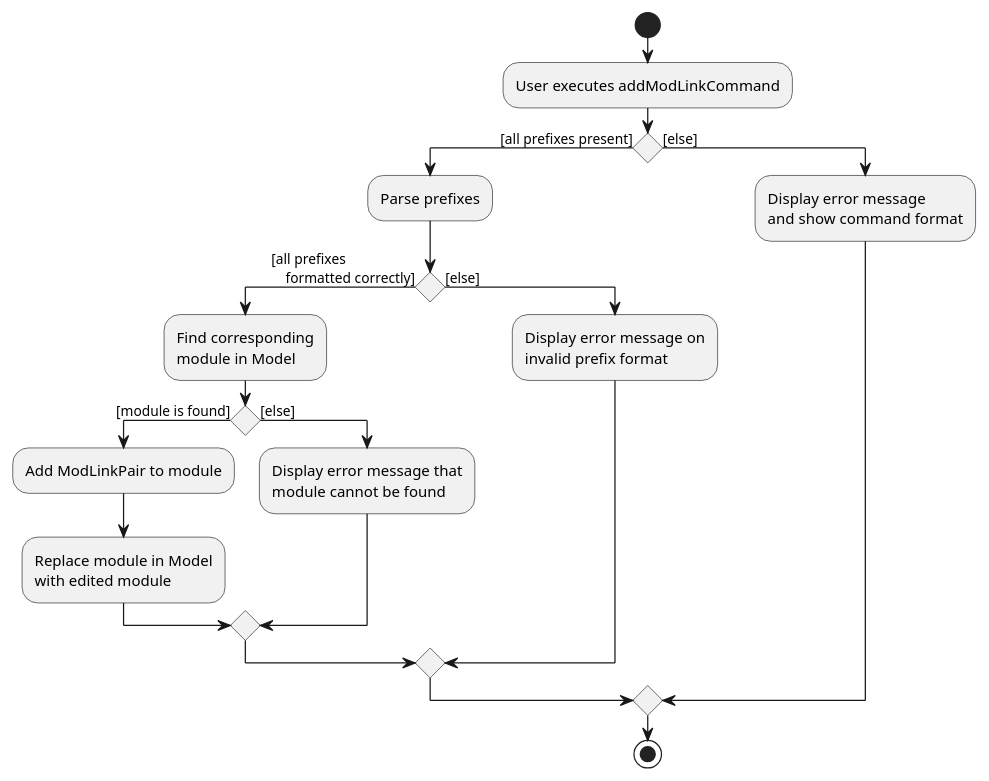
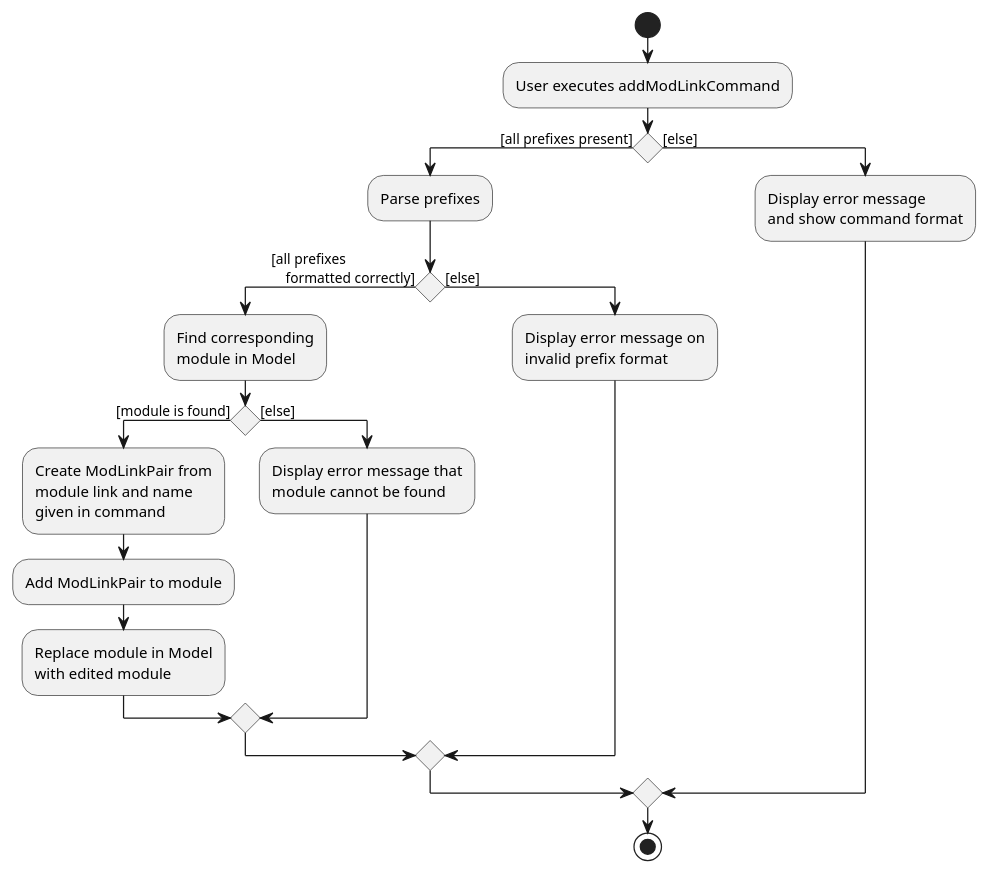
The diagram in docs/diagrams/AddModLinkActivityDiagram.puml (suwoons/main), drawn with PlantUML before and after one commit. The commit also changed 5 other files, not shown here.

```diff
--- a/docs/diagrams/AddModLinkActivityDiagram.puml
+++ b/docs/diagrams/AddModLinkActivityDiagram.puml
@@ -1,31 +1,32 @@
 @startuml
 start
 :User executes addModLinkCommand;
 
 'Since the beta syntax does not support placing the condition outside the
 'diamond we place it as the true branch instead.
 
 if () then ([all prefixes present])
     :Parse prefixes;
     if () then ([all prefixes
     formatted correctly])
         :Find corresponding
         module in Model;
         if () then ([module is found])
+            :Create ModLinkPair from\nmodule link and name\ngiven in command;
             :Add ModLinkPair to module;
             :Replace module in Model
             with edited module;
         else ([else])
             :Display error message that
             module cannot be found;
         endif
     else ([else])
         :Display error message on
         invalid prefix format;
     endif
 else ([else])
     :Display error message
     and show command format;
 endif
 stop
 @enduml
```
